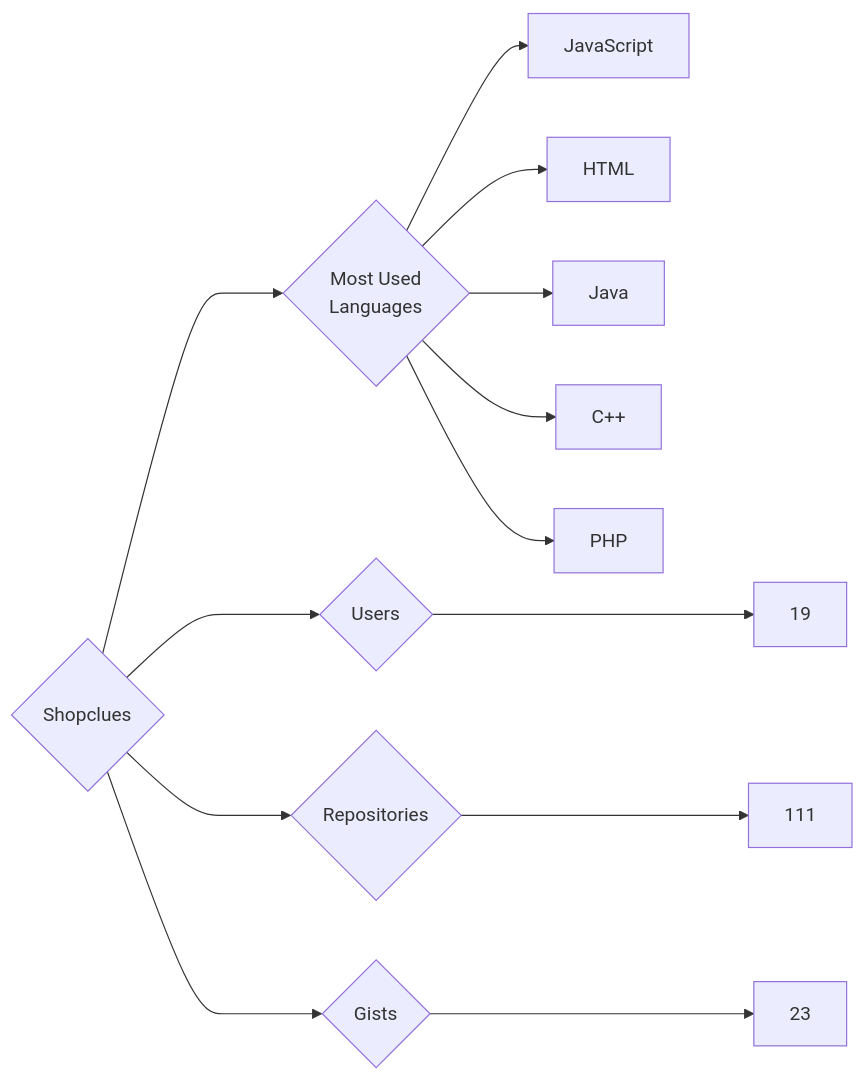
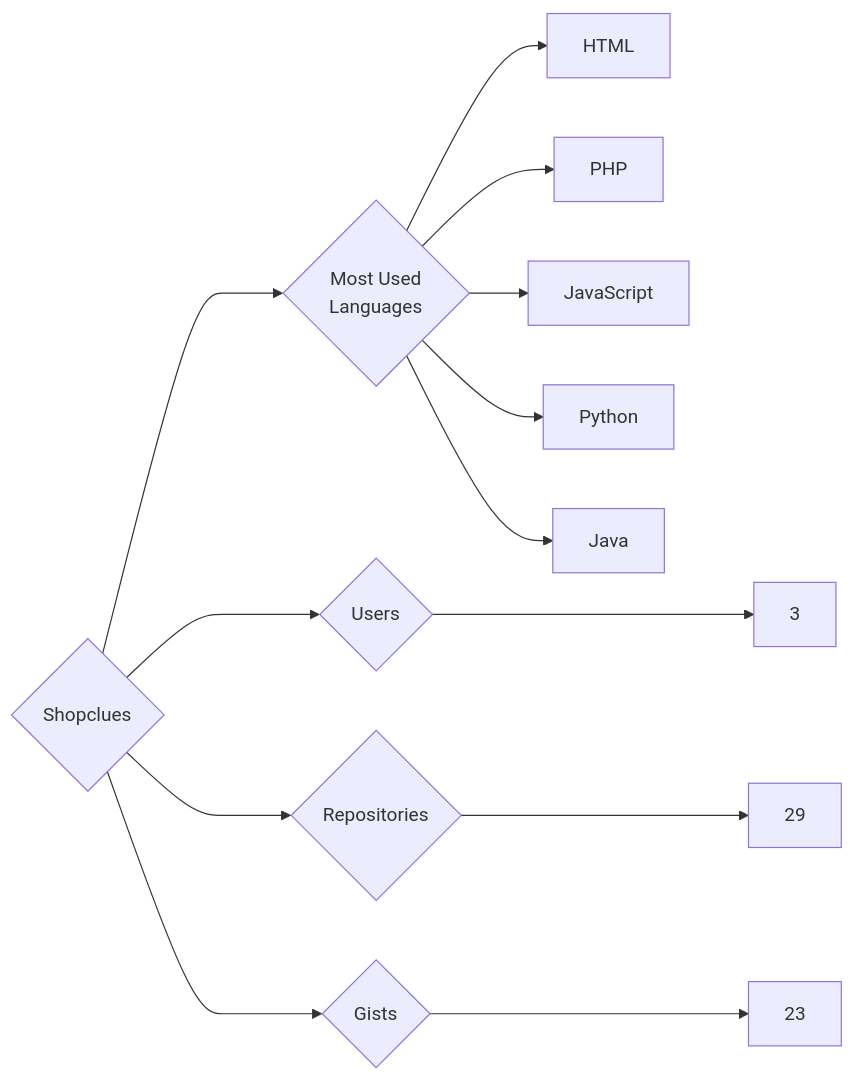
The diagram in targets/Shopclues/README.md (trickest/insiders), drawn with Mermaid before and after one commit. The commit also changed 814 other files, not shown here.

````diff
--- a/targets/Shopclues/README.md
+++ b/targets/Shopclues/README.md
@@ -3,13 +3,13 @@
 ```mermaid
 graph LR
 COMPANY_NAME{Shopclues}
-COMPANY_NAME ---> U{Users} ---> UN[19]
-COMPANY_NAME ---> R{Repositories} ---> RN[111]
+COMPANY_NAME ---> U{Users} ---> UN[3]
+COMPANY_NAME ---> R{Repositories} ---> RN[29]
 COMPANY_NAME ---> G{Gists} ---> GN[23]
 COMPANY_NAME ---> ML{Most Used<br>Languages}
+ML --> HTML[HTML]
+ML --> PHP[PHP]
 ML --> JavaScript[JavaScript]
-ML --> HTML[HTML]
+ML --> Python[Python]
 ML --> Java[Java]
-ML --> C++[C++]
-ML --> PHP[PHP]
 ```
````
